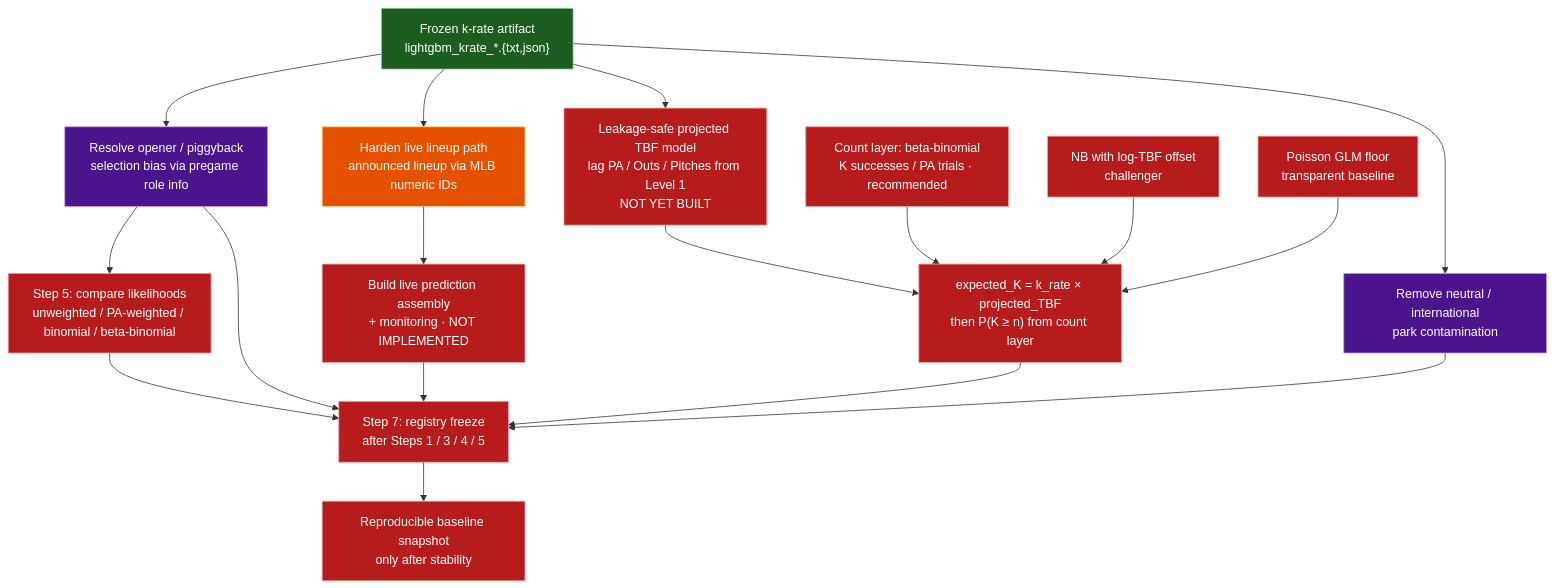
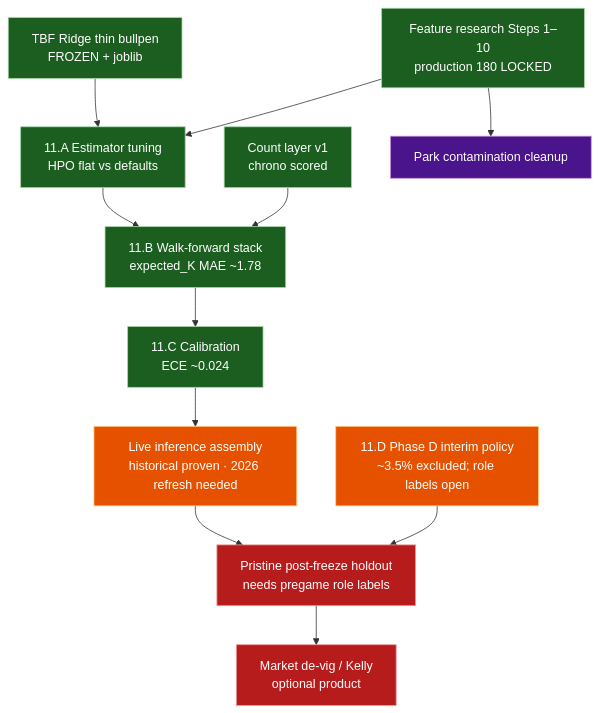
The diagram in diagrams/04-roadmap.md (Cbkaplinger/MLB-Props), drawn with Mermaid before and after one commit. The commit also changed other lines of this file and 105 other files, not shown here.

Commit message:
Ship strikeout production stack, registry freeze docs, 2026 Savant data, and root hygiene.

````diff
--- a/diagrams/04-roadmap.md
+++ b/diagrams/04-roadmap.md
@@ -5,43 +6,32 @@
 ```mermaid
 flowchart TB
   classDef built fill:#1b5e20,stroke:#a5d6a7,color:#fff
   classDef partial fill:#e65100,stroke:#ffcc80,color:#fff
   classDef missing fill:#b71c1c,stroke:#ef9a9a,color:#fff
   classDef risk fill:#4a148c,stroke:#ce93d8,color:#fff
-  classDef research fill:#0d47a1,stroke:#90caf9,color:#fff
+  classDef next fill:#01579b,stroke:#81d4fa,color:#fff
 
-  ART["Frozen k-rate artifact<br/>lightgbm_krate_*.{txt,json}"]:::built
+  FEAT["Feature research Steps 1–10<br/>production 180 LOCKED"]:::built
+  TBF["TBF Ridge thin bullpen<br/>FROZEN + joblib"]:::built
+  CNT["Count layer v1<br/>chrono scored"]:::built
 
-  OPEN["Resolve opener / piggyback<br/>selection bias via pregame role info"]:::risk
-  S5["Step 5: compare likelihoods<br/>unweighted / PA-weighted / binomial / beta-binomial"]:::missing
+  TUNE["11.A Estimator tuning<br/>HPO flat vs defaults"]:::built
+  WF["11.B Walk-forward stack<br/>expected_K MAE ~1.78"]:::built
+  CAL["11.C Calibration<br/>ECE ~0.024"]:::built
+  PHD["11.D Phase D interim policy<br/>~3.5% excluded; role labels open"]:::partial
 
-  DL["Harden live lineup path<br/>announced lineup via MLB numeric IDs"]:::partial
-  LIVE["Build live prediction assembly<br/>+ monitoring · NOT IMPLEMENTED"]:::missing
+  LIVE["Live inference assembly<br/>historical proven · 2026 refresh needed"]:::partial
+  HOLD["Pristine post-freeze holdout<br/>needs pregame role labels"]:::missing
+  MKT["Market de-vig / Kelly<br/>optional product"]:::missing
+  PARK["Park contamination cleanup"]:::risk
 
-  TBF["Leakage-safe projected TBF model<br/>lag PA / Outs / Pitches from Level 1<br/>NOT YET BUILT"]:::missing
-  BB["Count layer: beta-binomial<br/>K successes / PA trials · recommended"]:::missing
-  NB["NB with log-TBF offset<br/>challenger"]:::missing
-  POIS["Poisson GLM floor<br/>transparent baseline"]:::missing
-  EXP["expected_K = k_rate × projected_TBF<br/>then P(K ≥ n) from count layer"]:::missing
-
-  PARK["Remove neutral / international<br/>park contamination"]:::risk
-
-  S7["Step 7: registry freeze<br/>after Steps 1 / 3 / 4 / 5"]:::missing
-  SNAP["Reproducible baseline snapshot<br/>only after stability"]:::missing
-
-  ART --> OPEN --> S5
-  ART --> DL --> LIVE
-  ART --> TBF
-  TBF --> EXP
-  BB --> EXP
-  NB --> EXP
-  POIS --> EXP
-  ART --> PARK
-
-  S5 --> S7
-  LIVE --> S7
-  EXP --> S7
-  PARK --> S7
-  OPEN --> S7
-  S7 --> SNAP
+  FEAT --> TUNE
+  TBF --> TUNE
+  CNT --> WF
+  TUNE --> WF --> CAL
+  PHD --> HOLD
+  CAL --> LIVE
+  LIVE --> HOLD
+  HOLD --> MKT
+  FEAT --> PARK
 ```
````
